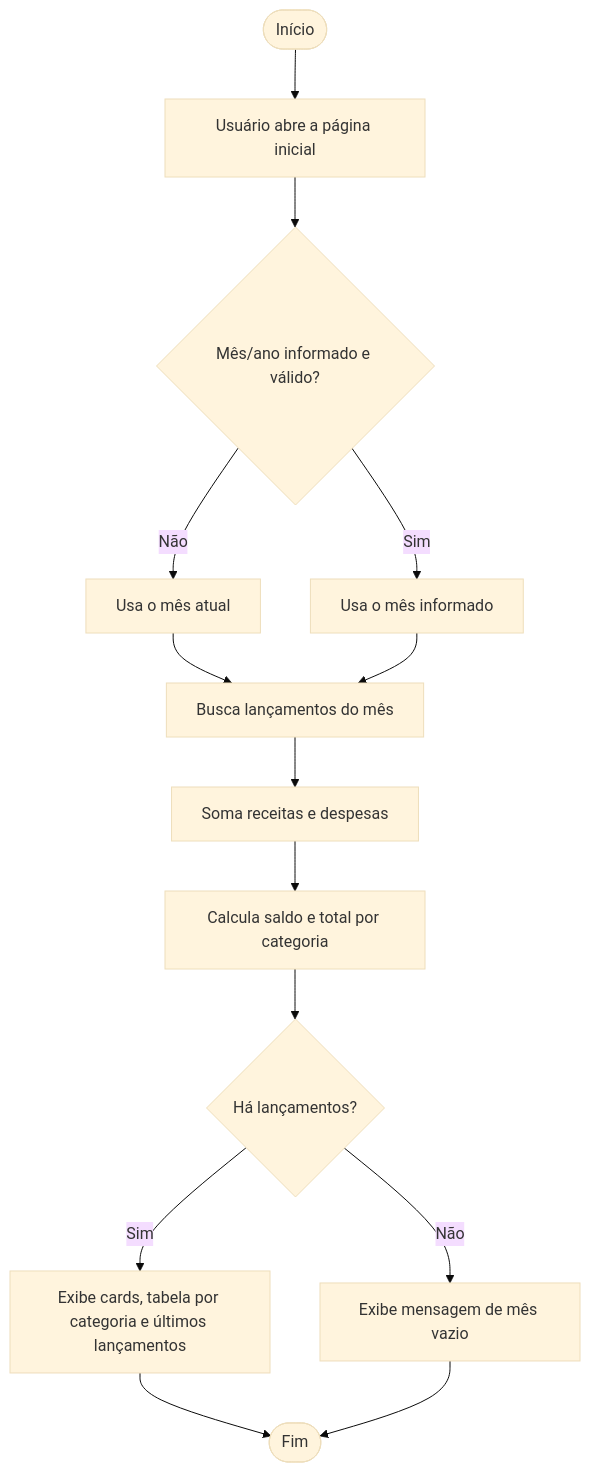
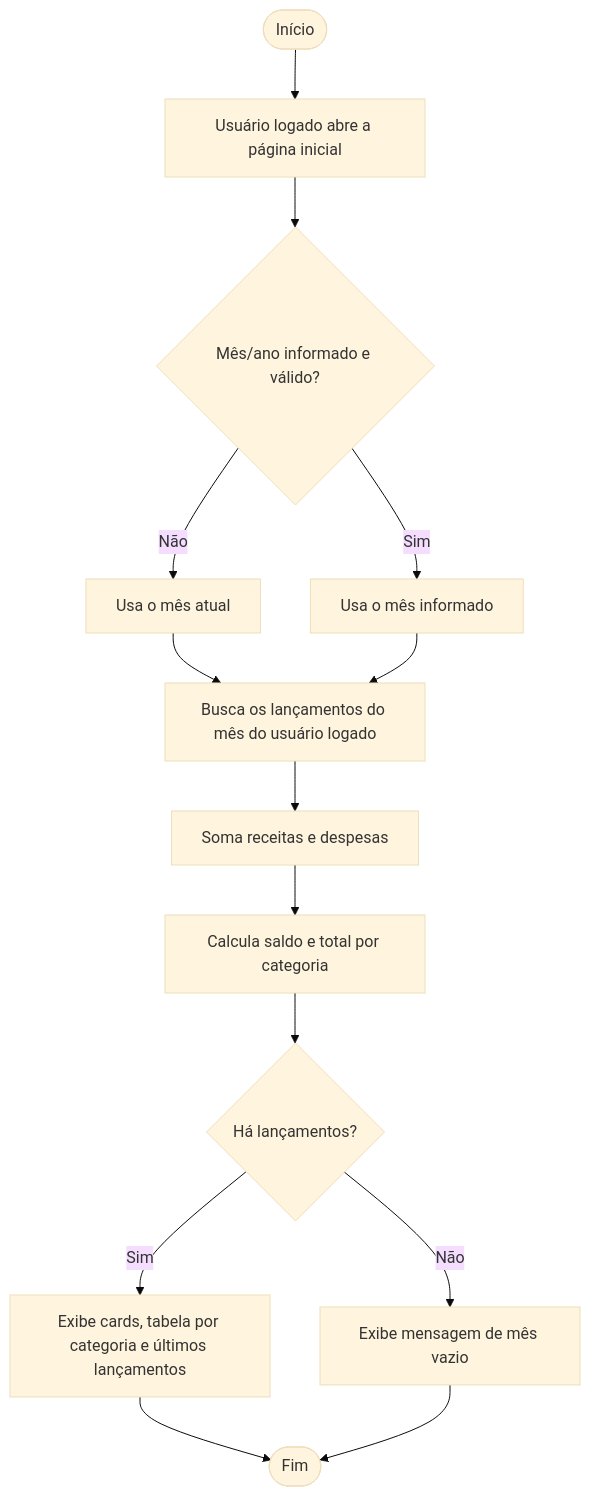
One commit to AugustoOL/controle-financas changed the fourth of 5 diagrams in docs/02-modelagem-uml.md. Above: the diagram before and after it, drawn with Mermaid (base theme). The commit also changed other lines of this file and 27 other files, not shown here.

````diff
--- a/docs/02-modelagem-uml.md
+++ b/docs/02-modelagem-uml.md
@@ -87,16 +104,16 @@
 ```mermaid
 flowchart TD
-    A([Início]) --> B[Usuário abre a página inicial]
+    A([Início]) --> B[Usuário logado abre a página inicial]
     B --> C{Mês/ano informado e válido?}
     C -- Não --> D[Usa o mês atual]
     C -- Sim --> E[Usa o mês informado]
-    D --> F[Busca lançamentos do mês]
+    D --> F[Busca os lançamentos do mês do usuário logado]
     E --> F
     F --> G[Soma receitas e despesas]
     G --> H[Calcula saldo e total por categoria]
     H --> I{Há lançamentos?}
     I -- Sim --> J[Exibe cards, tabela por categoria e últimos lançamentos]
     I -- Não --> K[Exibe mensagem de mês vazio]
     J --> L([Fim])
     K --> L
 ```
````
